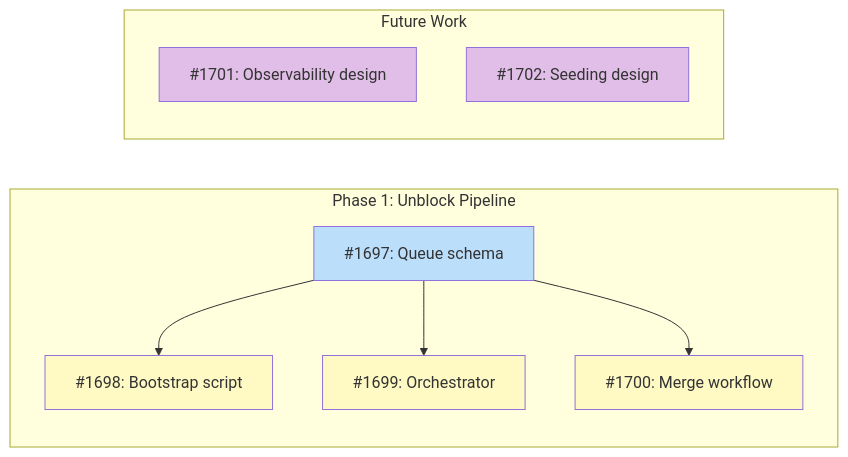
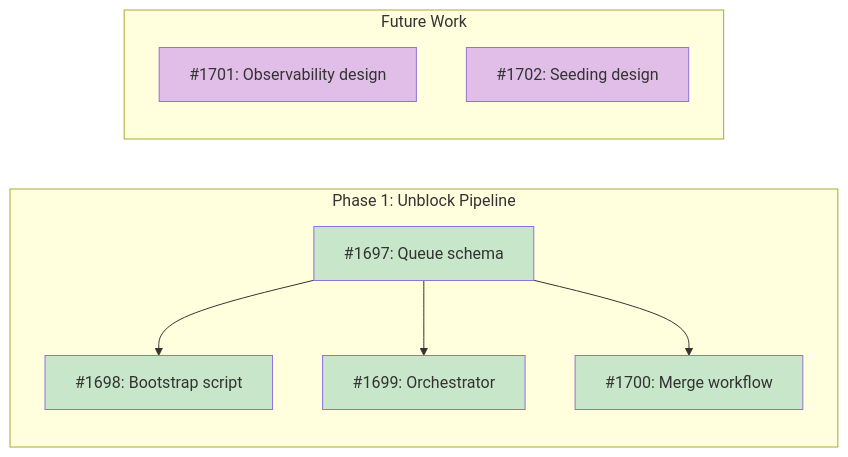
The first of 4 diagrams in docs/designs/DESIGN-pipeline-dashboard.md (tsukumogami/tsuku), drawn with Mermaid before and after one commit. The commit also changed other lines of this file and 10 other files, not shown here.

First line of the commit message:
feat(batch): implement unified queue schema and pipeline migration (#1704)

````diff
--- a/docs/designs/DESIGN-pipeline-dashboard.md
+++ b/docs/designs/DESIGN-pipeline-dashboard.md
@@ -54,27 +54,29 @@
 ```mermaid
 graph LR
     subgraph Phase1["Phase 1: Unblock Pipeline"]
         I1697["#1697: Queue schema"]
         I1698["#1698: Bootstrap script"]
         I1699["#1699: Orchestrator"]
         I1700["#1700: Merge workflow"]
     end
 
     subgraph Future["Future Work"]
         I1701["#1701: Observability design"]
         I1702["#1702: Seeding design"]
     end
 
     I1697 --> I1698
     I1697 --> I1699
     I1697 --> I1700
 
     classDef done fill:#c8e6c9
     classDef ready fill:#bbdefb
     classDef blocked fill:#fff9c4
     classDef needsDesign fill:#e1bee7
 
-    class I1697 ready
-    class I1698,I1699,I1700 blocked
+    class I1697 done
+    class I1698 done
+    class I1699 done
+    class I1700 done
     class I1701,I1702 needsDesign
 ```
````
